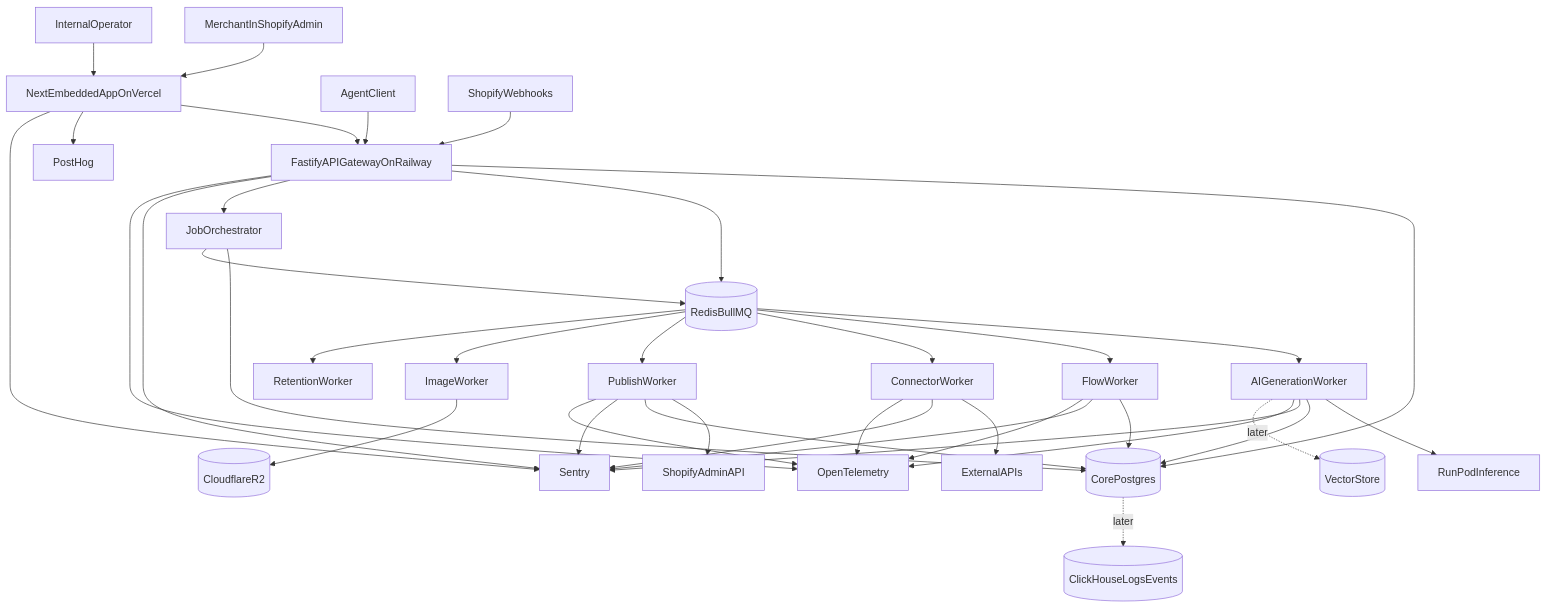
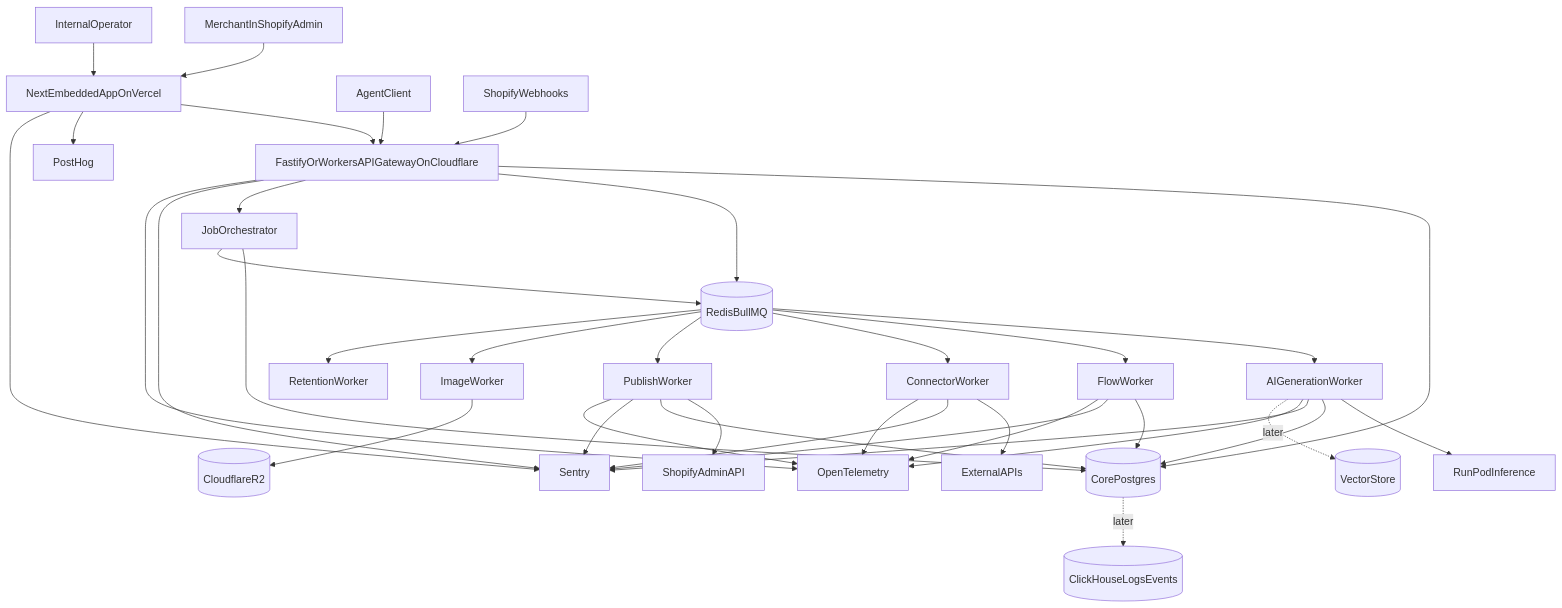
The diagram in docs/gitbook/02-architecture/platform-v2-migration-plan.md (LaviPun/super-app-ai), drawn with Mermaid before and after one commit. The commit also changed other lines of this file and 38 other files, not shown here.

````diff
--- a/docs/gitbook/02-architecture/platform-v2-migration-plan.md
+++ b/docs/gitbook/02-architecture/platform-v2-migration-plan.md
@@ -40,47 +40,47 @@
 ```mermaid
 flowchart TD
   merchant[MerchantInShopifyAdmin] --> nextApp[NextEmbeddedAppOnVercel]
   operator[InternalOperator] --> nextApp
-  agentClient[AgentClient] --> apiGateway[FastifyAPIGatewayOnRailway]
+  agentClient[AgentClient] --> apiGateway[FastifyOrWorkersAPIGatewayOnCloudflare]
   shopifyWebhooks[ShopifyWebhooks] --> apiGateway
 
   nextApp --> apiGateway
   apiGateway --> postgres[(CorePostgres)]
   apiGateway --> redis[(RedisBullMQ)]
   apiGateway --> jobOrchestrator[JobOrchestrator]
 
   jobOrchestrator --> postgres
   jobOrchestrator --> redis
 
   redis --> aiWorker[AIGenerationWorker]
   redis --> flowWorker[FlowWorker]
   redis --> connectorWorker[ConnectorWorker]
   redis --> publishWorker[PublishWorker]
   redis --> imageWorker[ImageWorker]
   redis --> retentionWorker[RetentionWorker]
 
   aiWorker --> runpod[RunPodInference]
   aiWorker --> postgres
   flowWorker --> postgres
   connectorWorker --> externalApis[ExternalAPIs]
   publishWorker --> shopifyAdmin[ShopifyAdminAPI]
   publishWorker --> postgres
   imageWorker --> r2[(CloudflareR2)]
 
   nextApp --> posthog[PostHog]
   nextApp --> sentry[Sentry]
   apiGateway --> sentry
   aiWorker --> sentry
   flowWorker --> sentry
   connectorWorker --> sentry
   publishWorker --> sentry
 
   apiGateway --> otel[OpenTelemetry]
   aiWorker --> otel
   flowWorker --> otel
   connectorWorker --> otel
   publishWorker --> otel
 
   postgres -.later.-> clickhouse[(ClickHouseLogsEvents)]
   aiWorker -.later.-> vectorDb[(VectorStore)]
 ```
````
